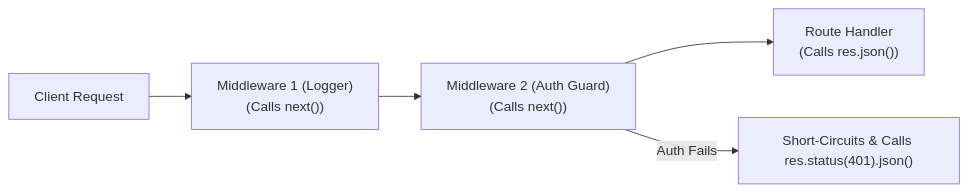
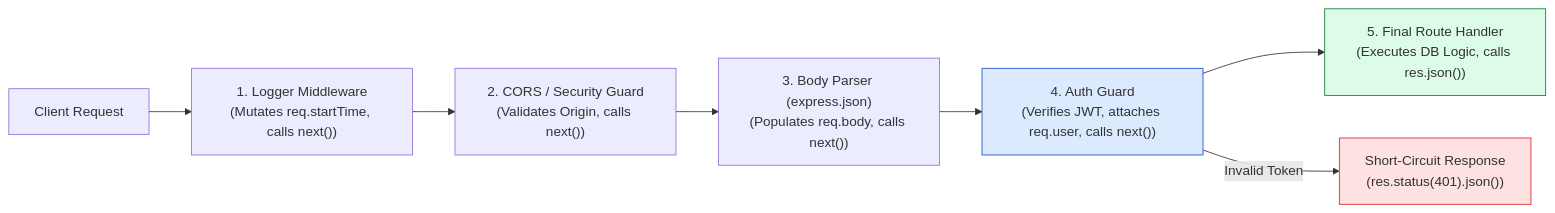
The first of 3 diagrams in express-notes/04-middleware-fundamentals.md (Amie-dev/engineering-playbook), drawn with Mermaid before and after one commit. The commit also changed other lines of this file and 26 other files, not shown here.

````diff
--- a/express-notes/04-middleware-fundamentals.md
+++ b/express-notes/04-middleware-fundamentals.md
@@ -10,8 +15,14 @@
 ```mermaid
 flowchart LR
-    Req[Client Request] --> Mw1["Middleware 1 (Logger)<br/>(Calls next())"]
-    Mw1 --> Mw2["Middleware 2 (Auth Guard)<br/>(Calls next())"]
-    Mw2 --> RouteHandler["Route Handler<br/>(Calls res.json())"]
-    
-    Mw2 -- "Auth Fails" --> EarlyExit["Short-Circuits & Calls res.status(401).json()"]
+    ClientReq[Client Request] --> MW1["1. Logger Middleware<br/>(Mutates req.startTime, calls next())"]
+    MW1 --> MW2["2. CORS / Security Guard<br/>(Validates Origin, calls next())"]
+    MW2 --> MW3["3. Body Parser (express.json)<br/>(Populates req.body, calls next())"]
+    MW3 --> MW4["4. Auth Guard<br/>(Verifies JWT, attaches req.user, calls next())"]
+    MW4 --> Route["5. Final Route Handler<br/>(Executes DB Logic, calls res.json())"]
+
+    MW4 -- "Invalid Token" --> EarlyExit["Short-Circuit Response<br/>(res.status(401).json())"]
+
+    style MW4 fill:#dbeafe,stroke:#1d4ed8
+    style Route fill:#dcfce7,stroke:#15803d
+    style EarlyExit fill:#fee2e2,stroke:#dc2626
 ```
````
